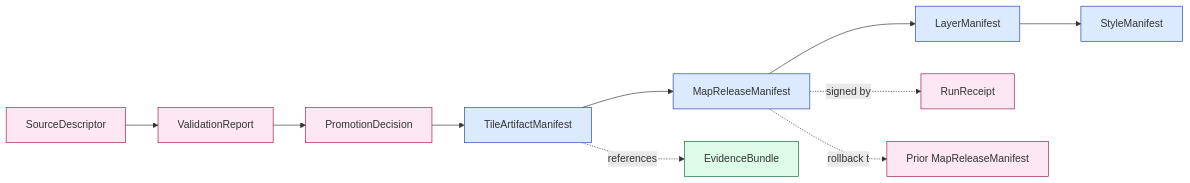
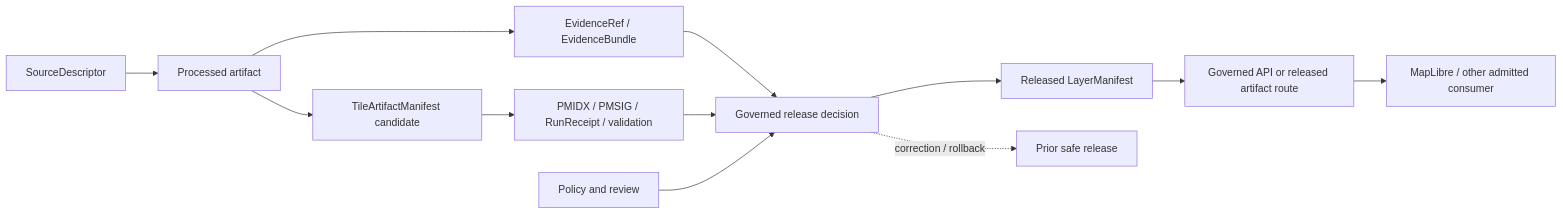
One commit to bartytime4life/Kansas-Frontier-Matrix changed the second of 2 diagrams in docs/standards/PMTILES.md. Above: the diagram before and after it, drawn with Mermaid. The commit also changed other lines of this file, not shown here.

````diff
--- a/docs/standards/PMTILES.md
+++ b/docs/standards/PMTILES.md
@@ -475,18 +636,14 @@
 ```mermaid
 flowchart LR
-  SD[SourceDescriptor] --> VR[ValidationReport]
-  VR --> PD[PromotionDecision]
-  PD --> TAM[TileArtifactManifest]
-  TAM --> MRM[MapReleaseManifest]
-  MRM --> LM[LayerManifest]
-  LM --> STY[StyleManifest]
-  TAM -.references.-> EB[EvidenceBundle]
-  MRM -.signed by.-> RR[RunReceipt]
-  MRM -.rollback to.-> PREV[Prior MapReleaseManifest]
-  classDef truth fill:#dcfce7,stroke:#166534;
-  classDef carrier fill:#dbeafe,stroke:#1e40af;
-  classDef governance fill:#fce7f3,stroke:#9d174d;
-  class EB truth;
-  class TAM,MRM,LM,STY carrier;
-  class SD,VR,PD,RR,PREV governance;
+    SD[SourceDescriptor] --> PA[Processed artifact]
+    PA --> TAM[TileArtifactManifest candidate]
+    PA --> EV[EvidenceRef / EvidenceBundle]
+    TAM --> AT[PMIDX / PMSIG / RunReceipt / validation]
+    EV --> REL[Governed release decision]
+    AT --> REL
+    POL[Policy and review] --> REL
+    REL --> LM[Released LayerManifest]
+    LM --> API[Governed API or released artifact route]
+    API --> UI[MapLibre / other admitted consumer]
+    REL -. correction / rollback .-> PREV[Prior safe release]
 ```
````
